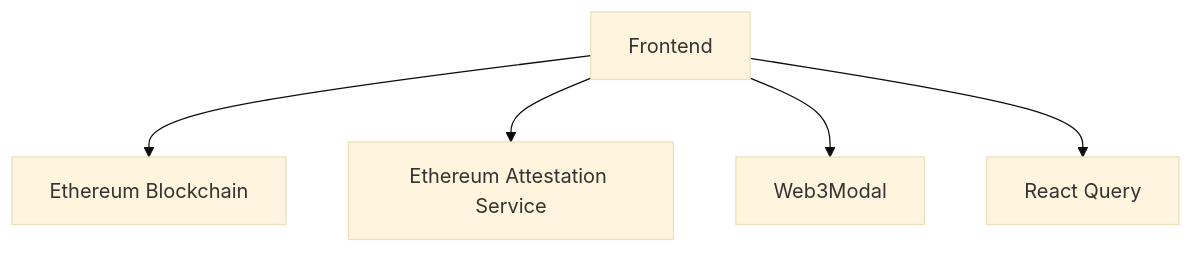
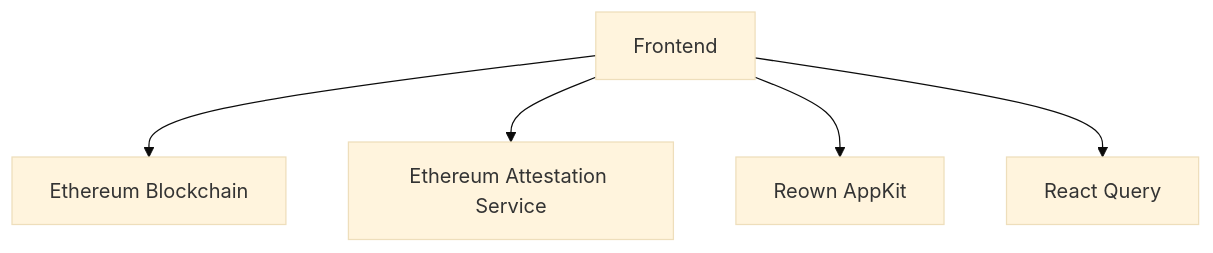
The diagram in README.md (Giveth/DeVouch-FE), drawn with Mermaid (base theme) before and after one commit. The commit also changed other lines of this file and 40 other files, not shown here.

Commit message:
Upgrade stack to Next.js 16, React 19, Reown AppKit and Tailwind 4

````diff
--- a/README.md
+++ b/README.md
@@ -25,7 +25,7 @@
 ```mermaid
 graph TD
     A[Frontend] --> B[Ethereum Blockchain]
     A --> C[Ethereum Attestation Service]
-    A --> D[Web3Modal]
+    A --> D[Reown AppKit]
     A --> E[React Query]
 ```
````
